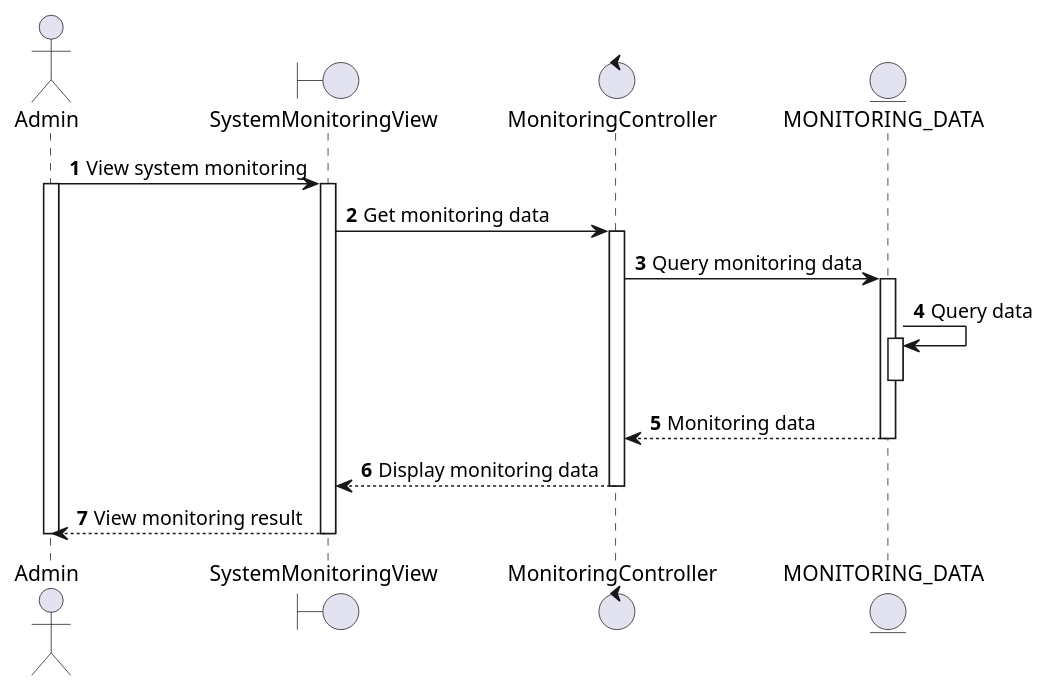
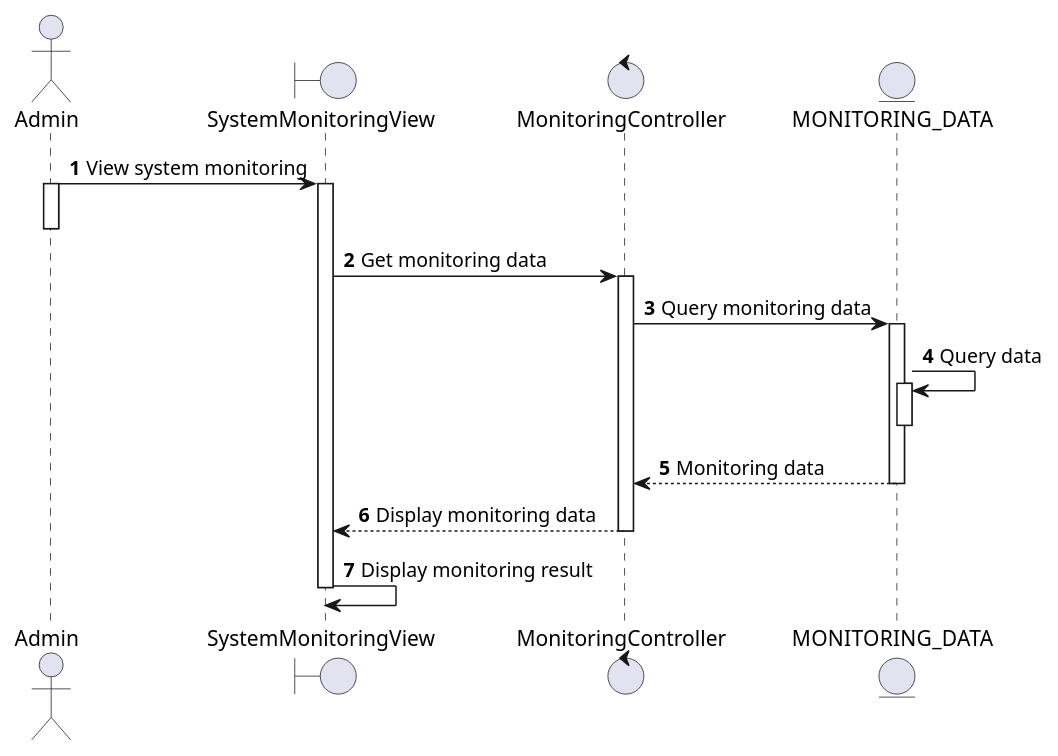
One commit to electricilies/electricilies.github.io changed the diagram in docs/docs/sequence/view-system-monitoring/view-system-monitoring.md. Above: the diagram before and after it, drawn with PlantUML. The commit also changed 4 other files, not shown here.

````diff
--- a/docs/docs/sequence/view-system-monitoring/view-system-monitoring.md
+++ b/docs/docs/sequence/view-system-monitoring/view-system-monitoring.md
@@ -3,29 +3,29 @@
 ```plantuml
 @startuml
 autonumber
 
 actor Admin as A
 boundary SystemMonitoringView as SMV
 control MonitoringController as MC
 entity MONITORING_DATA as MD
 
 A -> SMV: View system monitoring
 activate A
+deactivate A
 activate SMV
 SMV -> MC: Get monitoring data
 activate MC
 MC -> MD: Query monitoring data
 activate MD
 MD -> MD: Query data
 activate MD
 deactivate MD
 MC <-- MD: Monitoring data
 deactivate MD
 SMV <-- MC: Display monitoring data
 deactivate MC
-A <-- SMV: View monitoring result
+SMV -> SMV: Display monitoring result
 deactivate SMV
-deactivate A
 
 @enduml
 ```
````
